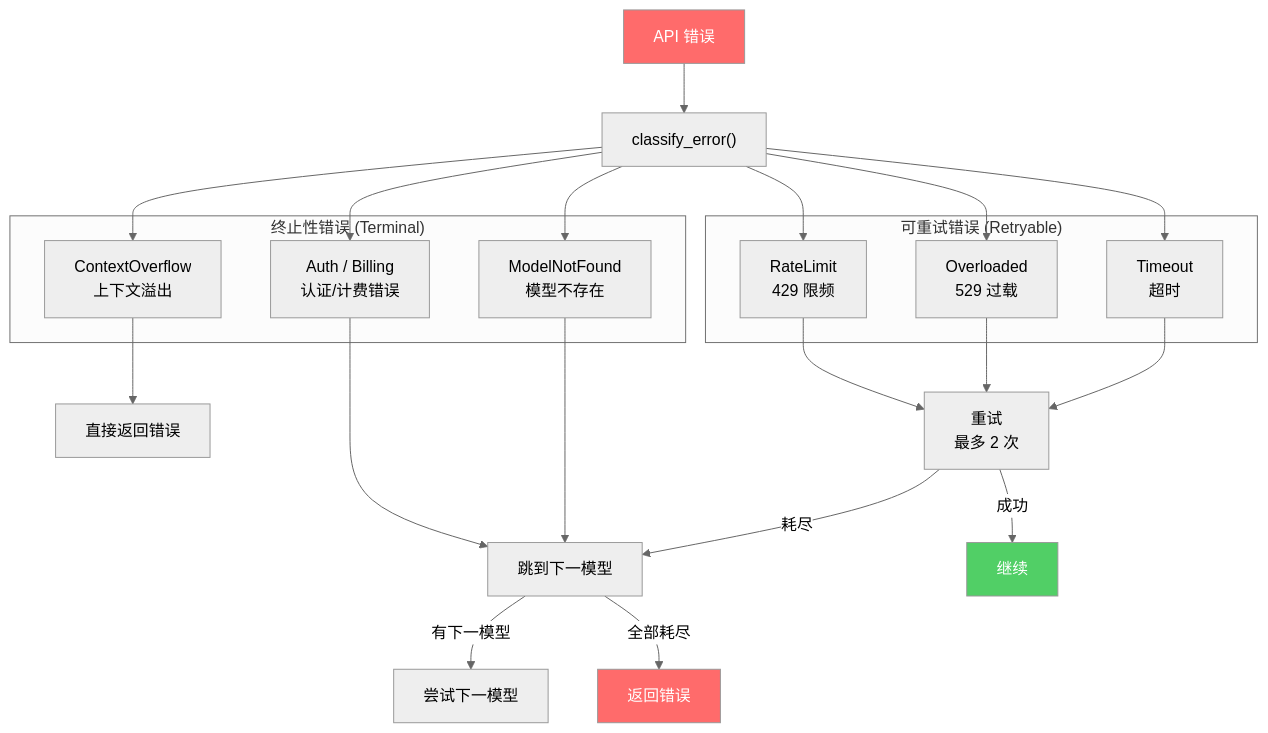
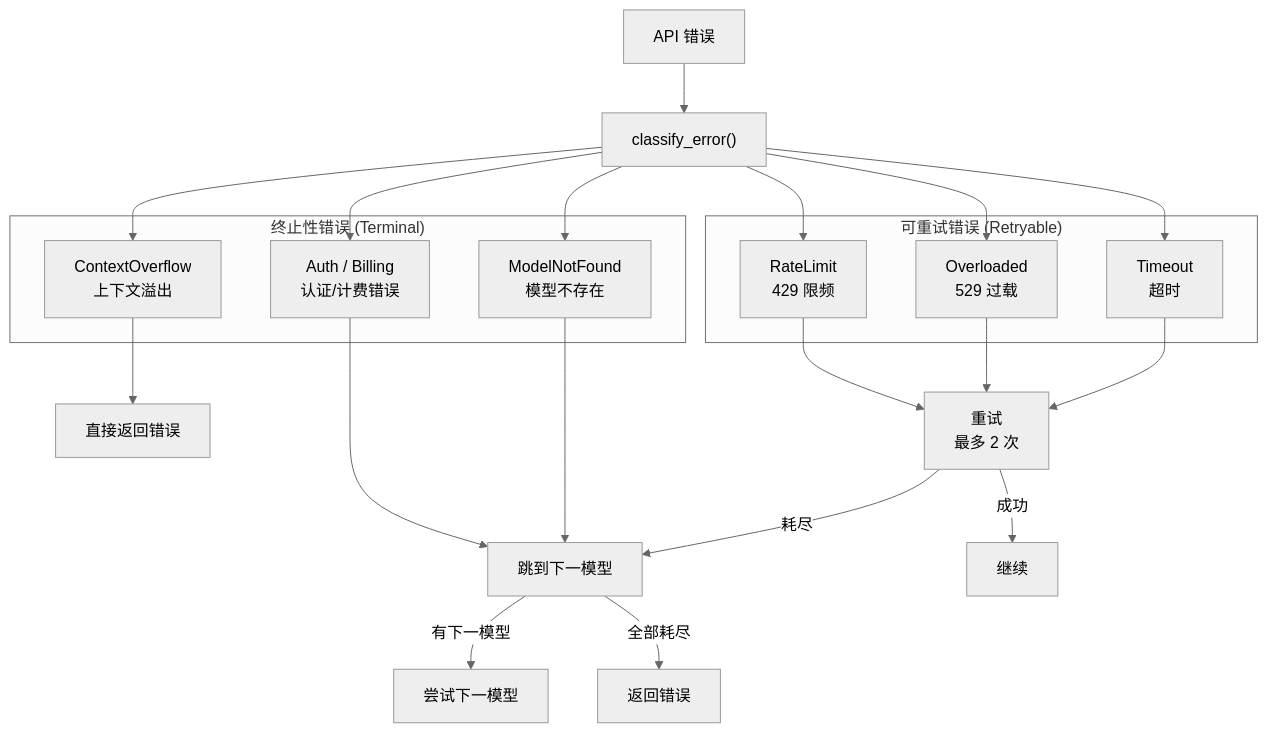
The ninth of 11 diagrams in docs/architecture/acp.md (shiwenwen/hope-agent), drawn with Mermaid (neutral theme) before and after one commit. The commit also changed other lines of this file and 13 other files, not shown here.

First line of the commit message:
docs: 移除 mermaid 图表中的自定义背景色填充

````diff
--- a/docs/architecture/acp.md
+++ b/docs/architecture/acp.md
@@ -422,43 +409,40 @@
 ```mermaid
 flowchart TB
     ERROR["API 错误"]
     CLASSIFY["classify_error()"]
 
     subgraph "终止性错误 (Terminal)"
         CTX["ContextOverflow<br/>上下文溢出"]
         AUTH["Auth / Billing<br/>认证/计费错误"]
         MNF["ModelNotFound<br/>模型不存在"]
     end
 
     subgraph "可重试错误 (Retryable)"
         RL["RateLimit<br/>429 限频"]
         OL["Overloaded<br/>529 过载"]
         TO["Timeout<br/>超时"]
     end
 
     ERROR --> CLASSIFY
 
     CLASSIFY --> CTX
     CLASSIFY --> AUTH
     CLASSIFY --> MNF
     CLASSIFY --> RL
     CLASSIFY --> OL
     CLASSIFY --> TO
 
     CTX --> STOP["直接返回错误"]
     AUTH --> NEXT["跳到下一模型"]
     MNF --> NEXT
 
     RL --> RETRY["重试<br/>最多 2 次"]
     OL --> RETRY
     TO --> RETRY
 
     RETRY -- "成功" --> OK["继续"]
     RETRY -- "耗尽" --> NEXT
     NEXT -- "有下一模型" --> TRY["尝试下一模型"]
     NEXT -- "全部耗尽" --> FAIL["返回错误"]
 
-    style ERROR fill:#ff6b6b,color:#fff
-    style OK fill:#51cf66,color:#fff
-    style FAIL fill:#ff6b6b,color:#fff
 ```
````
